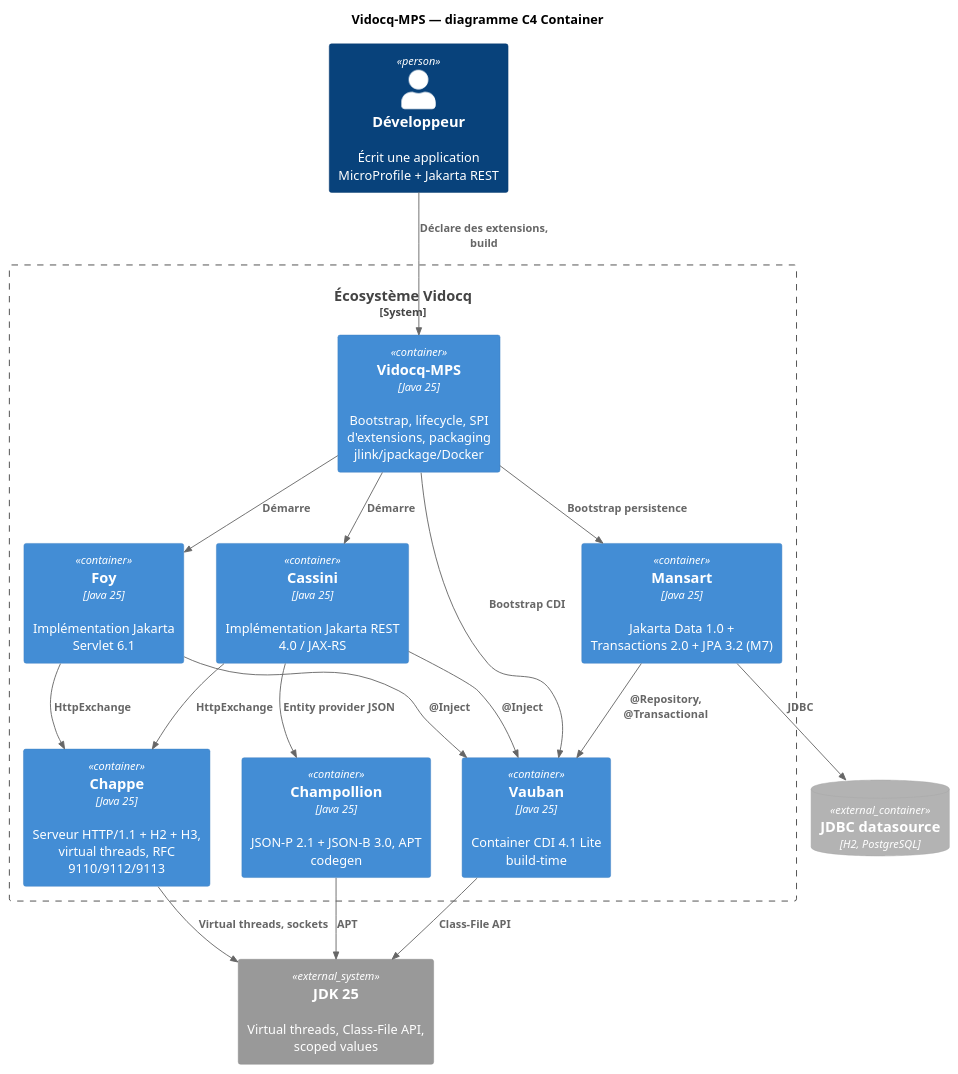
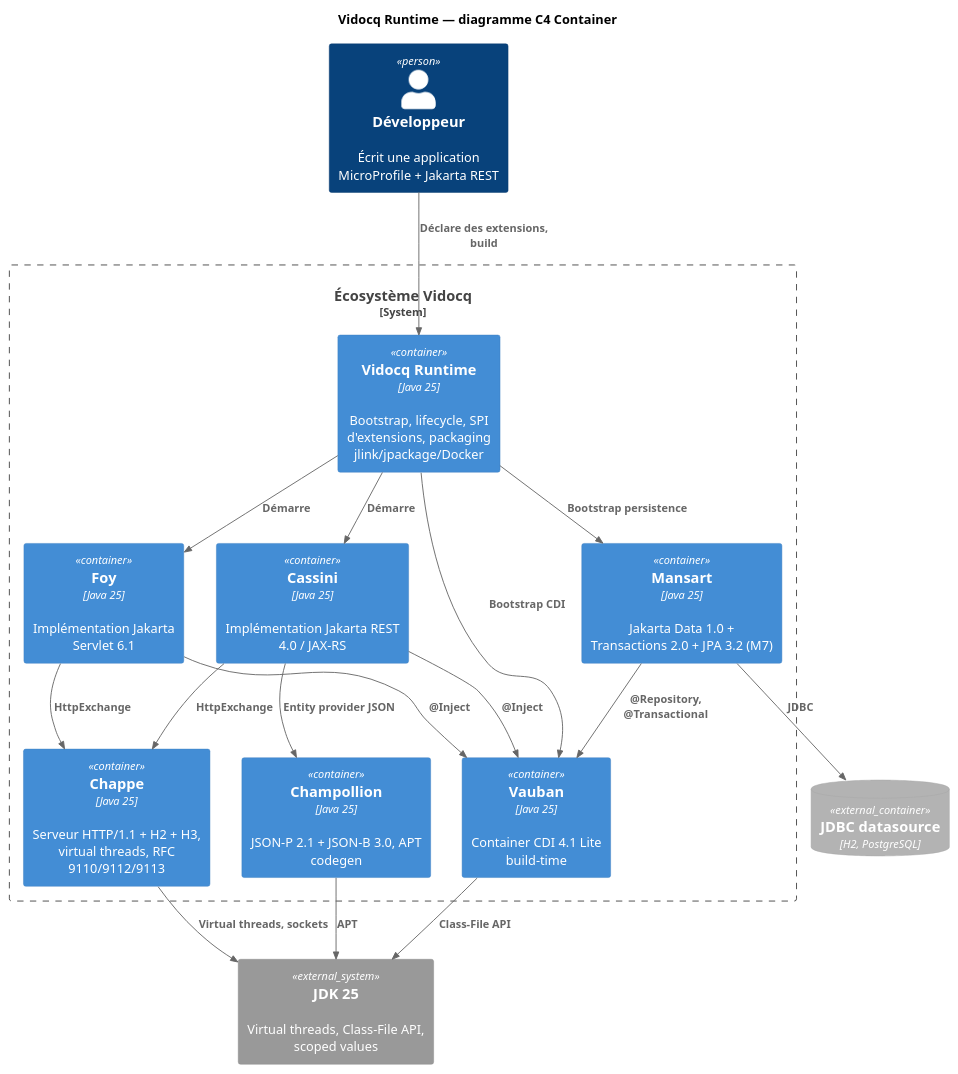
Before and after one commit to vidocq-stack/vidocq-docs: the first of 2 diagrams in content/home-fr/modules/ROOT/pages/architecture.adoc, drawn with PlantUML. The commit also changed other lines of this file and 11 other files, not shown here.

Commit message:
docs: rename vidocq-mps → vidocq (Vidocq Runtime)

```diff
--- a/content/home-fr/modules/ROOT/pages/architecture.adoc
+++ b/content/home-fr/modules/ROOT/pages/architecture.adoc
@@ -9,43 +9,43 @@
 [plantuml]
 ....
 @startuml
 !include <C4/C4_Container>
 
-title Vidocq-MPS — diagramme C4 Container
+title Vidocq Runtime — diagramme C4 Container
 
 Person(dev, "Développeur", "Écrit une application MicroProfile + Jakarta REST")
 System_Ext(jdk, "JDK 25", "Virtual threads, Class-File API, scoped values")
 
 System_Boundary(vidocq, "Écosystème Vidocq") {
-  Container(mps, "Vidocq-MPS", "Java 25", "Bootstrap, lifecycle, SPI d'extensions, packaging jlink/jpackage/Docker")
+  Container(mps, "Vidocq Runtime", "Java 25", "Bootstrap, lifecycle, SPI d'extensions, packaging jlink/jpackage/Docker")
 
   Container(chappe, "Chappe", "Java 25", "Serveur HTTP/1.1 + H2 + H3, virtual threads, RFC 9110/9112/9113")
   Container(foy, "Foy", "Java 25", "Implémentation Jakarta Servlet 6.1")
   Container(cassini, "Cassini", "Java 25", "Implémentation Jakarta REST 4.0 / JAX-RS")
   Container(vauban, "Vauban", "Java 25", "Container CDI 4.1 Lite build-time")
   Container(champollion, "Champollion", "Java 25", "JSON-P 2.1 + JSON-B 3.0, APT codegen")
   Container(mansart, "Mansart", "Java 25", "Jakarta Data 1.0 + Transactions 2.0 + JPA 3.2 (M7)")
 }
 
 ContainerDb_Ext(db, "JDBC datasource", "H2, PostgreSQL")
 
 Rel(dev, mps, "Déclare des extensions, build")
 Rel(mps, cassini, "Démarre")
 Rel(mps, foy, "Démarre")
 Rel(mps, vauban, "Bootstrap CDI")
 Rel(mps, mansart, "Bootstrap persistence")
 
 Rel(cassini, chappe, "HttpExchange")
 Rel(foy, chappe, "HttpExchange")
 Rel(cassini, champollion, "Entity provider JSON")
 Rel(cassini, vauban, "@Inject")
 Rel(foy, vauban, "@Inject")
 Rel(mansart, vauban, "@Repository, @Transactional")
 Rel(mansart, db, "JDBC")
 
 Rel(chappe, jdk, "Virtual threads, sockets")
 Rel(vauban, jdk, "Class-File API")
 Rel(champollion, jdk, "APT")
 
 @enduml
 ....
```
